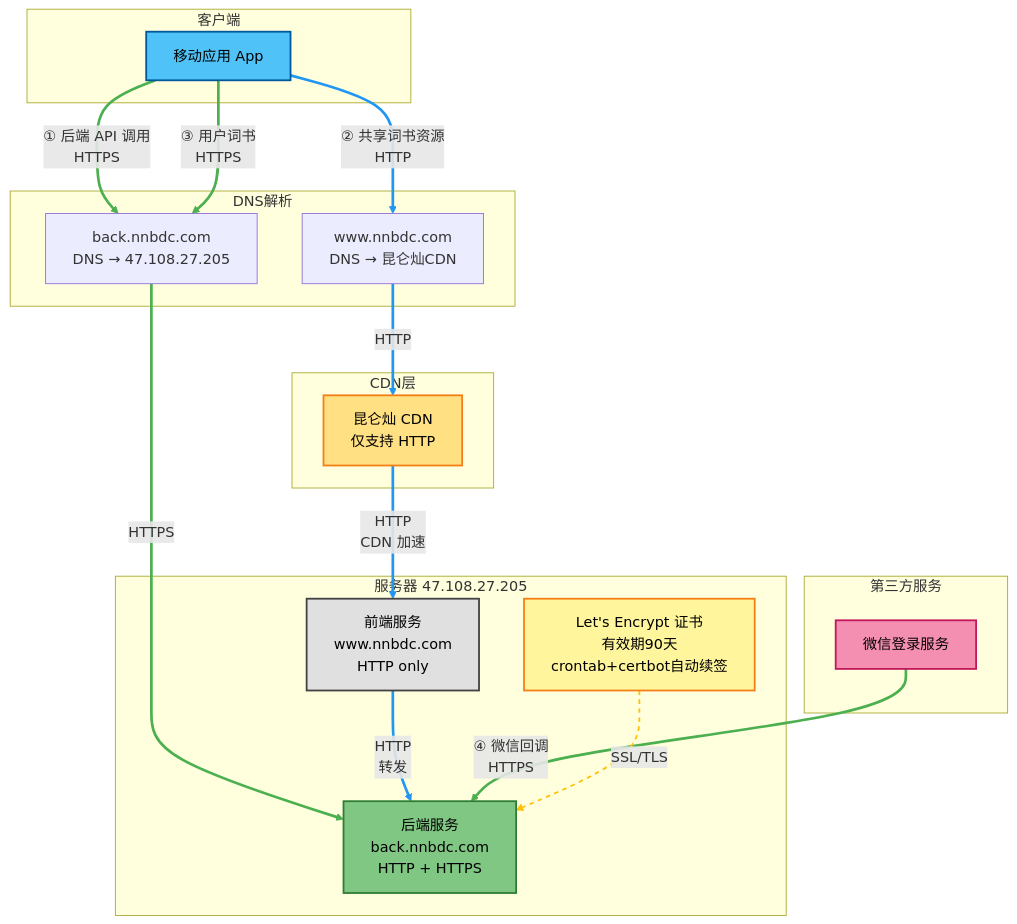
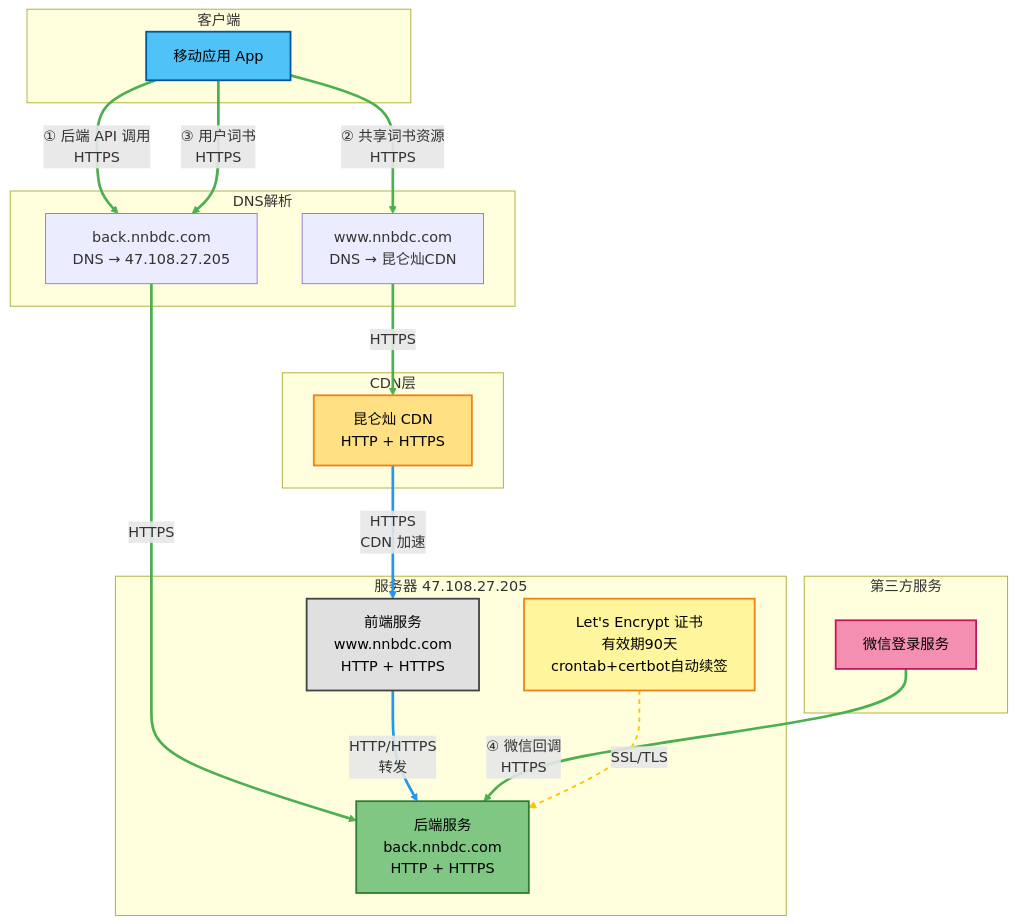
Before and after one commit to yubingma/nnbdc: the first of 2 diagrams in HTTP_HTTPS_ARCHITECTURE.md, drawn with Mermaid. The commit also changed other lines of this file and 2 other files, not shown here.

````diff
--- a/HTTP_HTTPS_ARCHITECTURE.md
+++ b/HTTP_HTTPS_ARCHITECTURE.md
@@ -22,63 +48,63 @@
 ```mermaid
 graph TB
     subgraph "客户端"
         APP[移动应用 App]
     end
     
     subgraph "DNS解析"
         DNS1[www.nnbdc.com<br/>DNS → 昆仑灿CDN]
         DNS2[back.nnbdc.com<br/>DNS → 47.108.27.205]
     end
     
     subgraph "CDN层"
-        CDN[昆仑灿 CDN<br/>仅支持 HTTP]
+        CDN[昆仑灿 CDN<br/>HTTP + HTTPS]
     end
     
     subgraph "服务器 47.108.27.205"
-        FRONTEND[前端服务<br/>www.nnbdc.com<br/>HTTP only]
+        FRONTEND[前端服务<br/>www.nnbdc.com<br/>HTTP + HTTPS]
         BACKEND[后端服务<br/>back.nnbdc.com<br/>HTTP + HTTPS]
         CERT[Let's Encrypt 证书<br/>有效期90天<br/>crontab+certbot自动续签]
     end
     
     subgraph "第三方服务"
         WECHAT[微信登录服务]
     end
     
     %% API 调用流程 - HTTPS
     APP -->|"① 后端 API 调用<br/>HTTPS"| DNS2
     DNS2 -->|"HTTPS"| BACKEND
     
-    %% 共享词书资源 - HTTP
-    APP -->|"② 共享词书资源<br/>HTTP"| DNS1
-    DNS1 -->|"HTTP"| CDN
-    CDN -->|"HTTP<br/>CDN 加速"| FRONTEND
-    FRONTEND -->|"HTTP<br/>转发"| BACKEND
+    %% 共享词书资源 - HTTPS（经 CDN）
+    APP -->|"② 共享词书资源<br/>HTTPS"| DNS1
+    DNS1 -->|"HTTPS"| CDN
+    CDN -->|"HTTPS<br/>CDN 加速"| FRONTEND
+    FRONTEND -->|"HTTP/HTTPS<br/>转发"| BACKEND
     
     %% 用户词书资源 - HTTPS
     APP -->|"③ 用户词书<br/>HTTPS"| DNS2
     
     %% 微信登录 - HTTPS
     WECHAT -->|"④ 微信回调<br/>HTTPS"| BACKEND
     
     %% 证书关联
     CERT -.->|SSL/TLS| BACKEND
     
     %% 样式定义 - 使用更高对比度的配色
     style APP fill:#4FC3F7,stroke:#01579B,stroke-width:2px,color:#000
     style CDN fill:#FFE082,stroke:#F57F17,stroke-width:2px,color:#000
     style FRONTEND fill:#E0E0E0,stroke:#424242,stroke-width:2px,color:#000
     style BACKEND fill:#81C784,stroke:#2E7D32,stroke-width:2px,color:#000
     style WECHAT fill:#F48FB1,stroke:#C2185B,stroke-width:2px,color:#000
     style CERT fill:#FFF59D,stroke:#F57F17,stroke-width:2px,color:#000
     
     %% 连接线颜色 - 蓝色表示HTTP，绿色表示HTTPS
     linkStyle 0 stroke:#4CAF50,stroke-width:3px
     linkStyle 1 stroke:#4CAF50,stroke-width:3px
-    linkStyle 2 stroke:#2196F3,stroke-width:3px
-    linkStyle 3 stroke:#2196F3,stroke-width:3px
+    linkStyle 2 stroke:#4CAF50,stroke-width:3px
+    linkStyle 3 stroke:#4CAF50,stroke-width:3px
     linkStyle 4 stroke:#2196F3,stroke-width:3px
     linkStyle 5 stroke:#2196F3,stroke-width:3px
     linkStyle 6 stroke:#4CAF50,stroke-width:3px
     linkStyle 7 stroke:#4CAF50,stroke-width:3px
     linkStyle 8 stroke:#FFC107,stroke-width:2px,stroke-dasharray: 5 5
 ```
````
